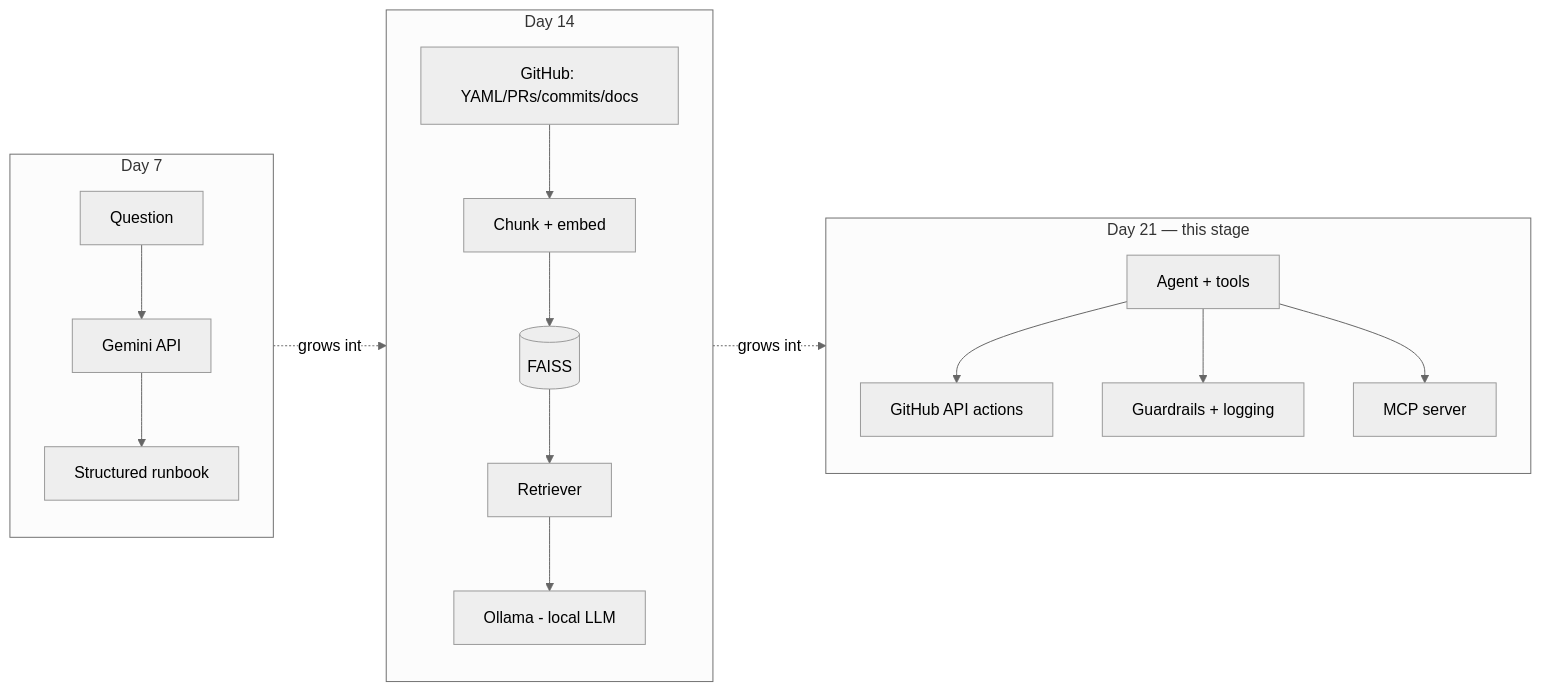
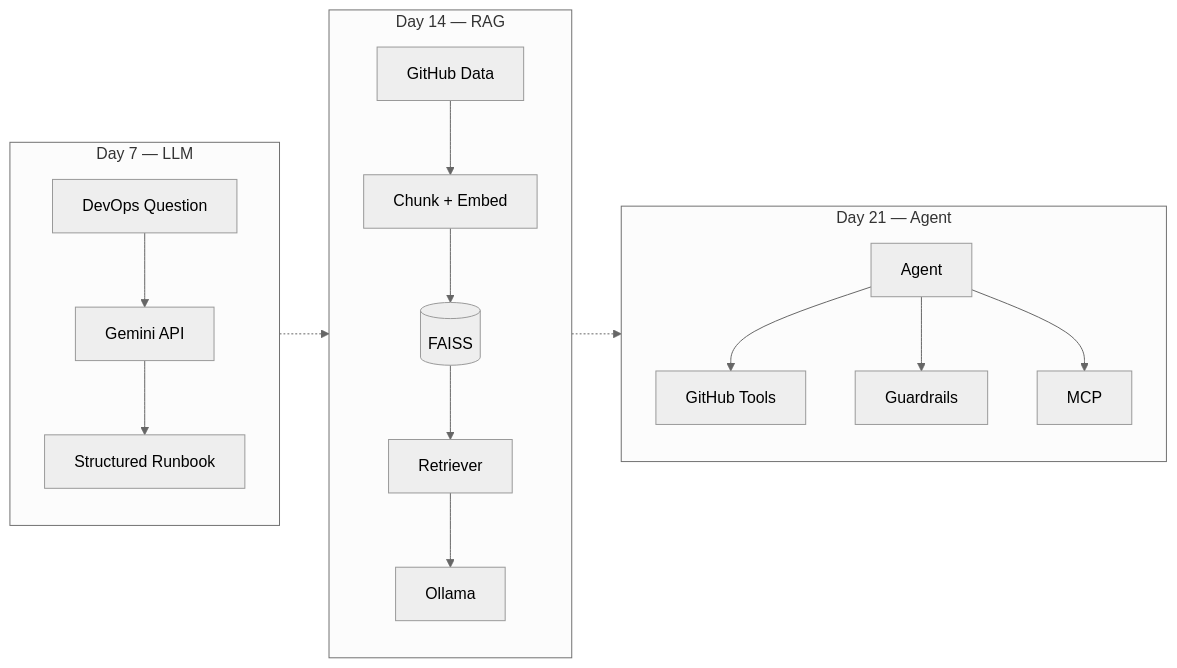
Before and after one commit to saghosh8/ai-devops-release-assistant: the diagram in README.md, drawn with Mermaid (neutral theme). The commit also changed other lines of this file, not shown here.

````diff
--- a/README.md
+++ b/README.md
@@ -32,19 +38,23 @@
 ```mermaid
 flowchart LR
-    subgraph D7["Day 7"]
-        A[Question] --> B[Gemini API]
-        B --> C[Structured runbook]
+    subgraph D7["Day 7 — LLM"]
+        A[DevOps Question] --> B[Gemini API]
+        B --> C[Structured Runbook]
     end
-    subgraph D14["Day 14"]
-        D[GitHub: YAML/PRs/commits/docs] --> E[Chunk + embed]
+
+    subgraph D14["Day 14 — RAG"]
+        D[GitHub Data] --> E[Chunk + Embed]
         E --> F[(FAISS)]
         F --> G[Retriever]
-        G --> H[Ollama - local LLM]
+        G --> H[Ollama]
     end
-    subgraph D21["Day 21 — this stage"]
-        I[Agent + tools] --> J[GitHub API actions]
-        I --> K[Guardrails + logging]
-        I --> L[MCP server]
+
+    subgraph D21["Day 21 — Agent"]
+        I[Agent] --> J[GitHub Tools]
+        I --> K[Guardrails]
+        I --> L[MCP]
     end
-    D7 -.grows into.-> D14 -.grows into.-> D21
+
+    D7 -.-> D14
+    D14 -.-> D21
 ```
````
